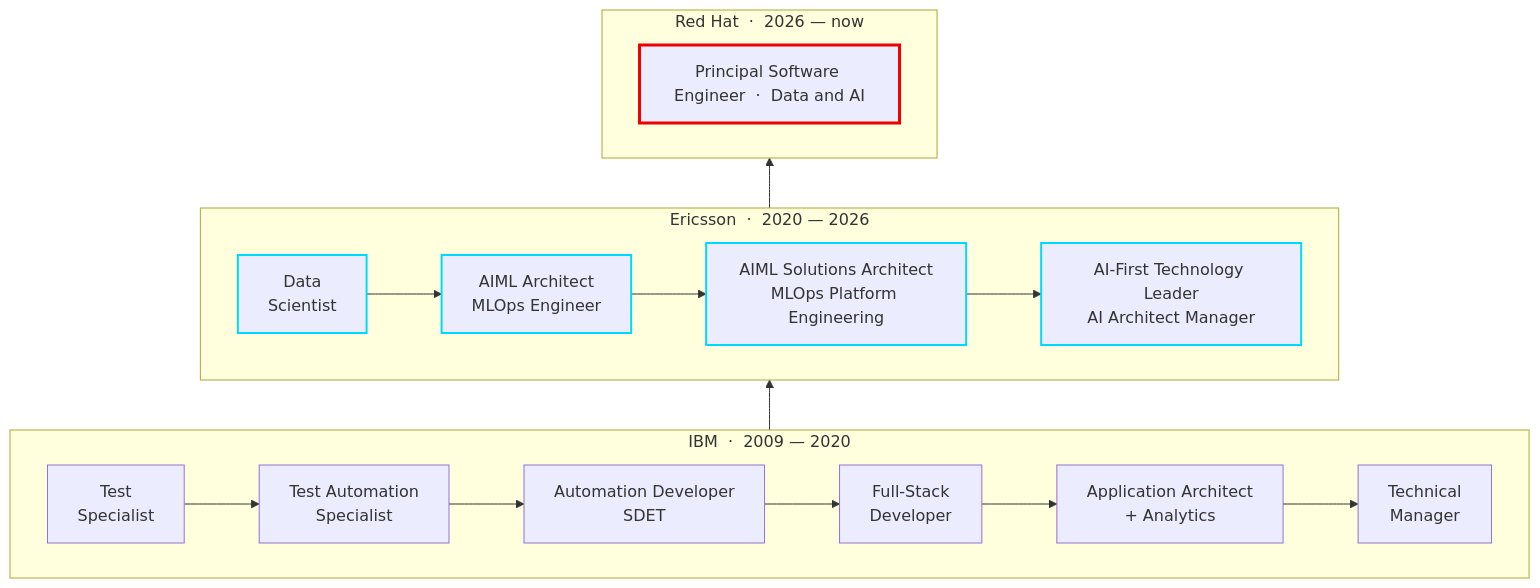
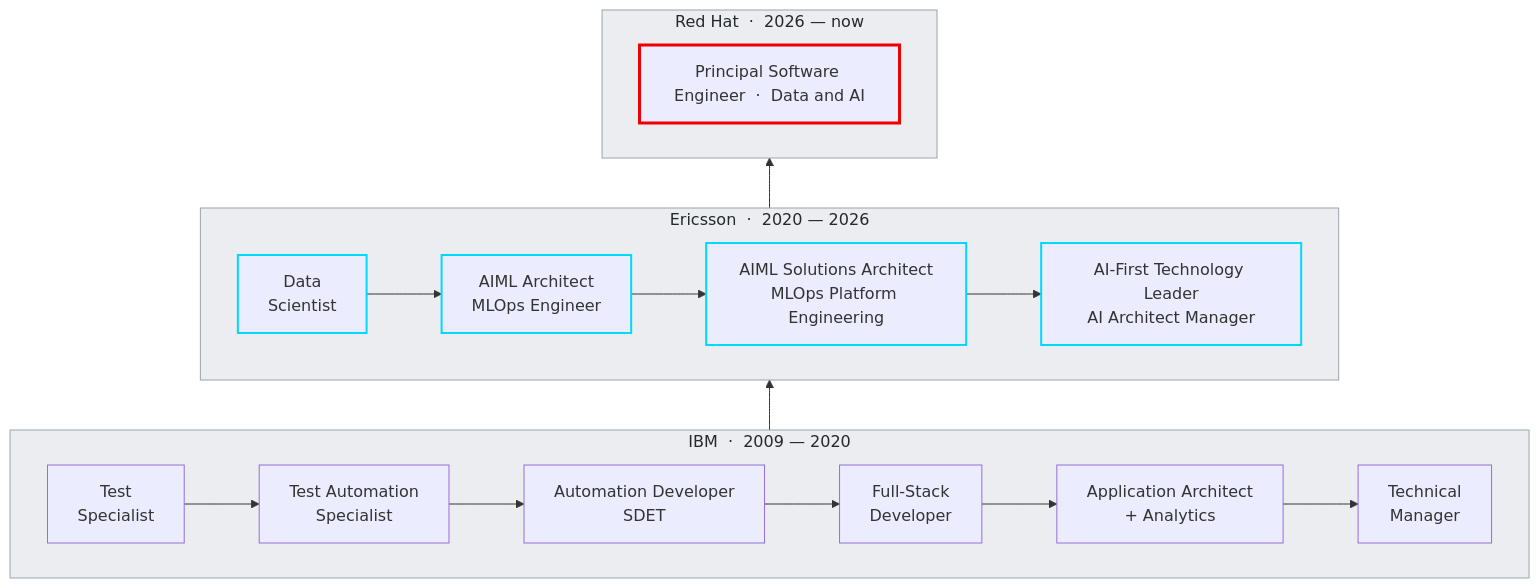
The diagram in README.md (nirmchan/nirmchan), drawn with Mermaid before and after one commit.

Commit message:
Recolour career diagram subgraphs from yellow to grey

````diff
--- a/README.md
+++ b/README.md
@@ -99,20 +99,23 @@
 ```mermaid
 flowchart BT
     subgraph IBM["IBM &nbsp;·&nbsp; 2009 — 2020"]
         direction LR
         A1["Test<br/>Specialist"] --> A2["Test Automation<br/>Specialist"] --> A3["Automation Developer<br/>SDET"] --> A4["Full-Stack<br/>Developer"] --> A5["Application Architect<br/>+ Analytics"] --> A6["Technical<br/>Manager"]
     end
     subgraph ERI["Ericsson &nbsp;·&nbsp; 2020 — 2026"]
         direction LR
         B1["Data<br/>Scientist"] --> B2["AIML Architect<br/>MLOps Engineer"] --> B3["AIML Solutions Architect<br/>MLOps Platform Engineering"] --> B4["AI-First Technology Leader<br/>AI Architect Manager"]
     end
     subgraph RH["Red Hat &nbsp;·&nbsp; 2026 — now"]
         direction LR
         C1["Principal Software Engineer &nbsp;·&nbsp; Data and AI"]
     end
     IBM --> ERI --> RH
     classDef now stroke:#EE0000,stroke-width:3px
     classDef ai stroke:#00D9FF,stroke-width:2px
     class C1 now
     class B1,B2,B3,B4 ai
+    style IBM fill:#ebedf0,stroke:#9aa4ae,color:#24292f
+    style ERI fill:#ebedf0,stroke:#9aa4ae,color:#24292f
+    style RH  fill:#ebedf0,stroke:#9aa4ae,color:#24292f
 ```
````
